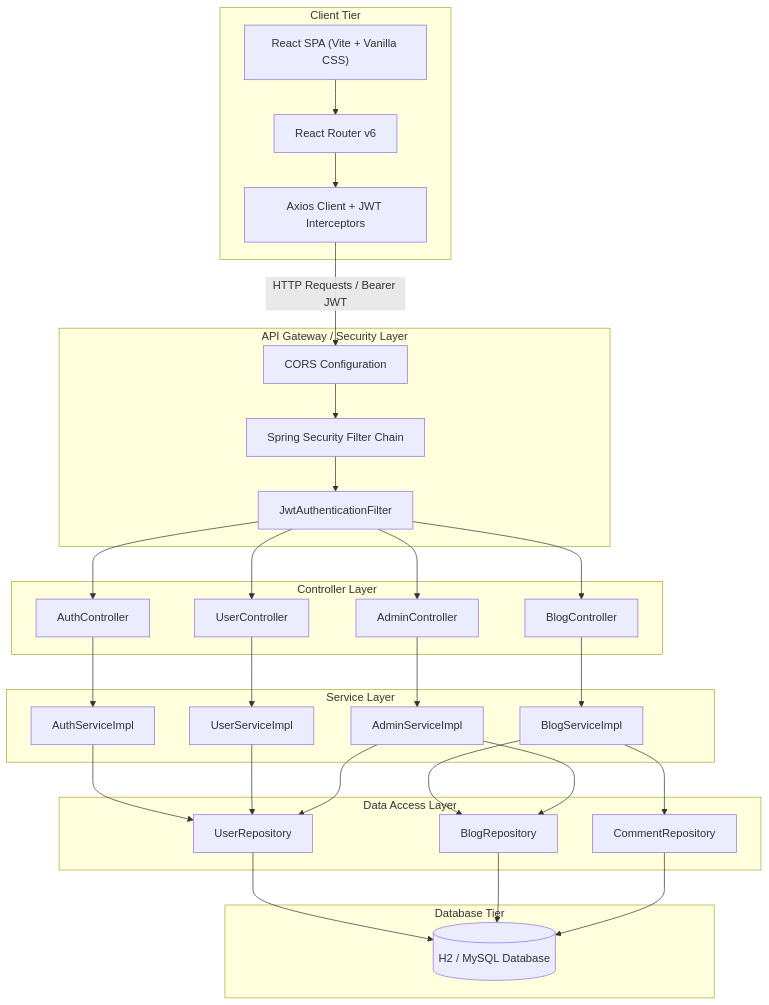
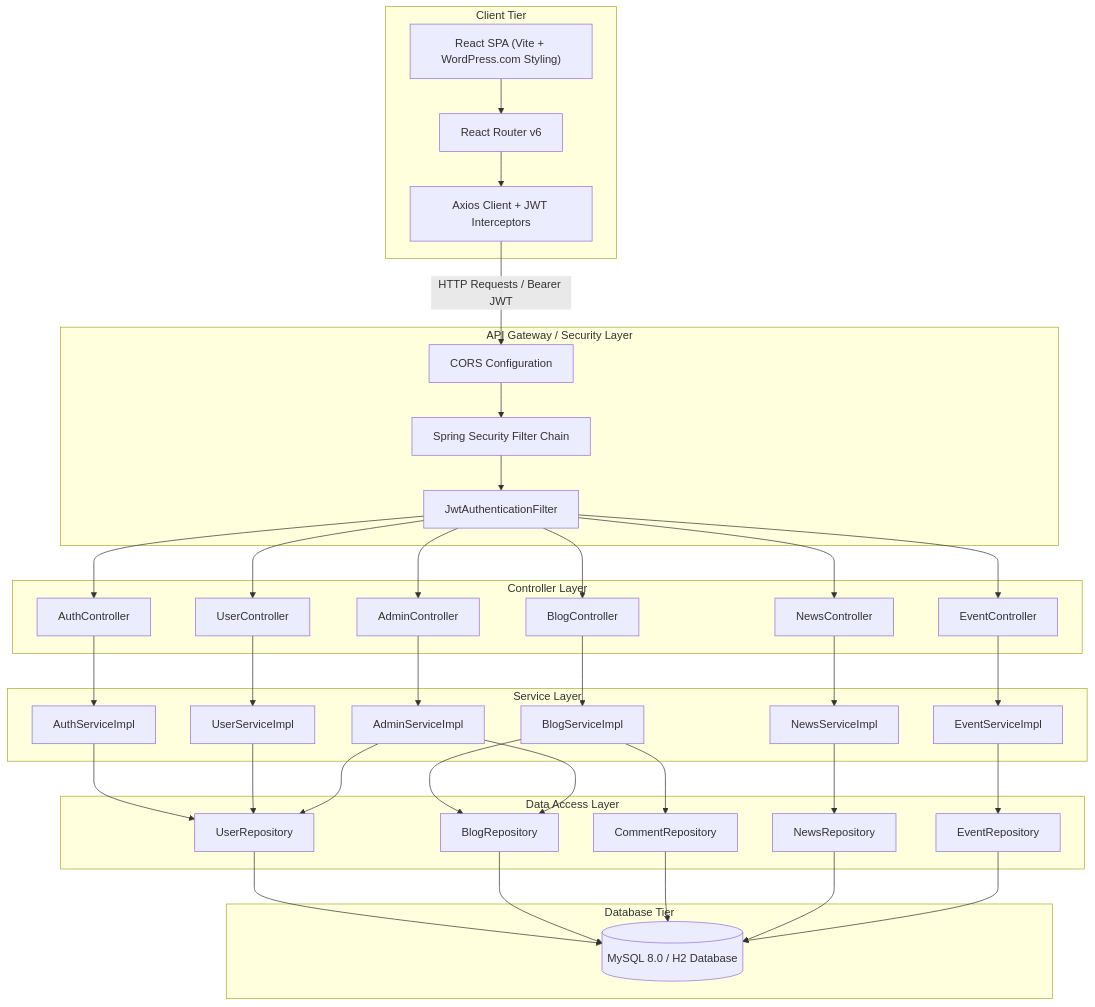
One commit to ravi2007415-eng/Blogging-Content-Publishing-Platform changed the first of 3 diagrams in README.md. Above: the diagram before and after it, drawn with Mermaid. The commit also changed other lines of this file and 37 other files, not shown here.

Commit message:
feat(first-review): complete first review requirements and diagrams alignment

````diff
--- a/README.md
+++ b/README.md
@@ -9,59 +9,71 @@
 ```mermaid
 graph TD
     subgraph Client Tier
-        UI["React SPA (Vite + Vanilla CSS)"]
+        UI["React SPA (Vite + WordPress.com Styling)"]
         Router["React Router v6"]
         Axios["Axios Client + JWT Interceptors"]
     end
 
     subgraph API Gateway / Security Layer
         CORS["CORS Configuration"]
         SecFilter["Spring Security Filter Chain"]
         JWTFilter["JwtAuthenticationFilter"]
     end
 
     subgraph Controller Layer
         AuthCtrl["AuthController"]
         BlogCtrl["BlogController"]
         UserCtrl["UserController"]
         AdminCtrl["AdminController"]
+        NewsCtrl["NewsController"]
+        EventCtrl["EventController"]
     end
 
     subgraph Service Layer
         AuthSvc["AuthServiceImpl"]
         BlogSvc["BlogServiceImpl"]
         UserSvc["UserServiceImpl"]
         AdminSvc["AdminServiceImpl"]
+        NewsSvc["NewsServiceImpl"]
+        EventSvc["EventServiceImpl"]
     end
 
     subgraph Data Access Layer
         UserRepo["UserRepository"]
         BlogRepo["BlogRepository"]
         CommentRepo["CommentRepository"]
+        NewsRepo["NewsRepository"]
+        EventRepo["EventRepository"]
     end
 
     subgraph Database Tier
-        DB[("H2 / MySQL Database")]
+        DB[("MySQL 8.0 / H2 Database")]
     end
 
     UI --> Router
     Router --> Axios
     Axios -->|HTTP Requests / Bearer JWT| CORS
     CORS --> SecFilter
     SecFilter --> JWTFilter
-    JWTFilter --> AuthCtrl & BlogCtrl & UserCtrl & AdminCtrl
+    JWTFilter --> AuthCtrl & BlogCtrl & UserCtrl & AdminCtrl & NewsCtrl & EventCtrl
 
     AuthCtrl --> AuthSvc
     BlogCtrl --> BlogSvc
     UserCtrl --> UserSvc
     AdminCtrl --> AdminSvc
+    NewsCtrl --> NewsSvc
+    EventCtrl --> EventSvc
 
     AuthSvc --> UserRepo
     BlogSvc --> BlogRepo & CommentRepo
     UserSvc --> UserRepo
     AdminSvc --> UserRepo & BlogRepo
+    NewsSvc --> NewsRepo
+    EventSvc --> EventRepo
 
     UserRepo --> DB
     BlogRepo --> DB
     CommentRepo --> DB
+    NewsRepo --> DB
+    EventRepo --> DB
 ```
````
